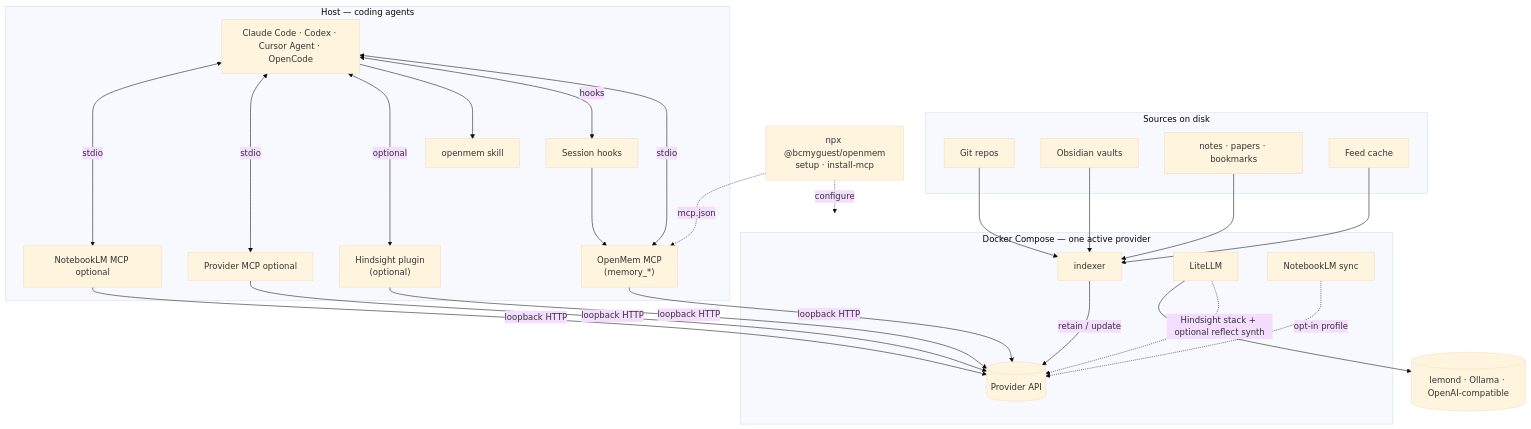
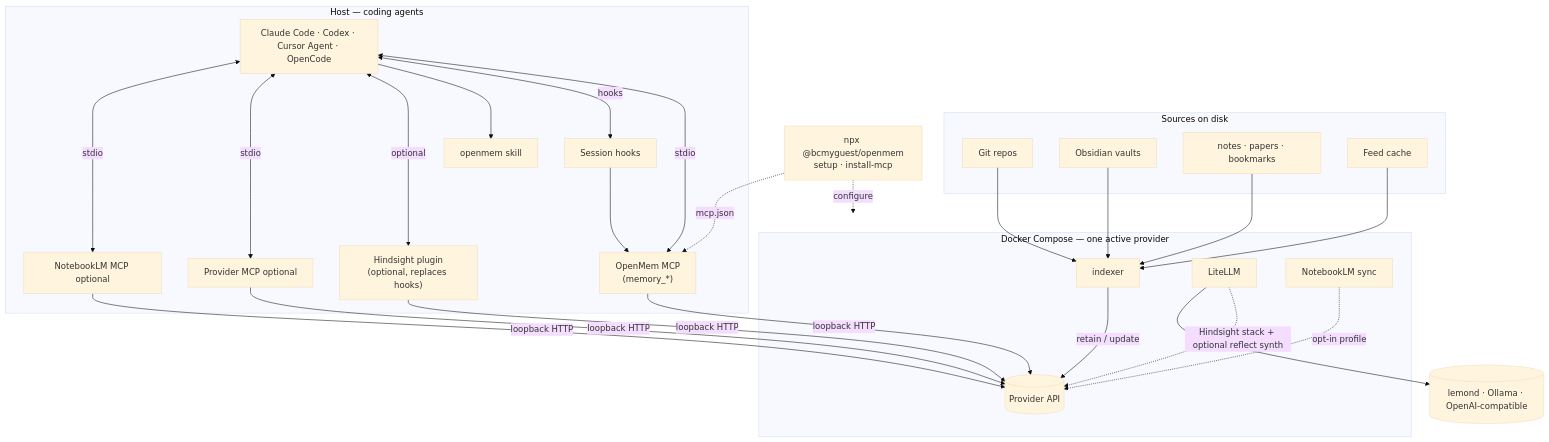
Before and after one commit to bcmyguest/openmem: the diagram in README.md, drawn with Mermaid (base theme). The commit also changed other lines of this file and 19 other files, not shown here.

````diff
--- a/README.md
+++ b/README.md
@@ -45,50 +47,50 @@
 ```mermaid
 flowchart TB
   subgraph disk["Sources on disk"]
     GIT[Git repos]
     OBS[Obsidian vaults]
     MD[notes · papers · bookmarks]
     FEED[Feed cache]
   end
 
   subgraph compose["Docker Compose — one active provider"]
     IDX[indexer]
     PROV[(Provider API)]
     IDX -->|retain / update| PROV
     LIT[LiteLLM]
     NLM[NotebookLM sync]
     LIT -.->|Hindsight stack + optional reflect synth| PROV
     NLM -.->|opt-in profile| PROV
   end
 
   LIT --> LLM[(lemond · Ollama · OpenAI-compatible)]
 
   subgraph host["Host — coding agents"]
     AG[Claude Code · Codex · Cursor Agent · OpenCode]
     UMCP["OpenMem MCP\n(memory_*)"]
     SHIM["Session hooks"]
-    PLG["Hindsight plugin\n(optional)"]
+    PLG["Hindsight plugin\n(optional, replaces hooks)"]
     SKILL["openmem skill"]
     PMCP[Provider MCP optional]
     NLMCP[NotebookLM MCP optional]
   end
 
   GIT --> IDX
   OBS --> IDX
   MD --> IDX
   FEED --> IDX
   AG <-->|stdio| UMCP
   AG <-->|hooks| SHIM
   AG --> SKILL
   AG <-->|optional| PLG
   SHIM --> UMCP
   AG <-->|stdio| PMCP
   AG <-->|stdio| NLMCP
   UMCP -->|loopback HTTP| PROV
   PLG -->|loopback HTTP| PROV
   PMCP -->|loopback HTTP| PROV
   NLMCP -->|loopback HTTP| PROV
 
   W["npx @bcmyguest/openmem\nsetup · install-mcp"] -.->|configure| compose
   W -.->|mcp.json| UMCP
 ```
````
